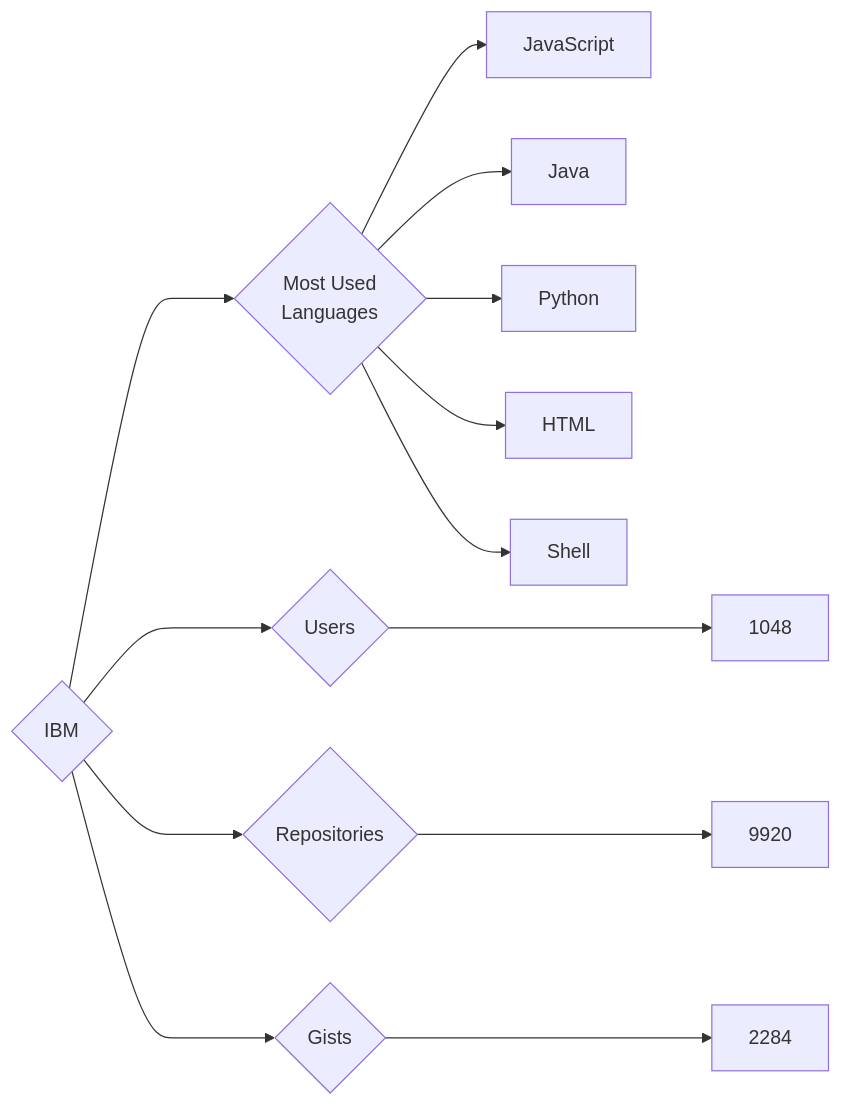
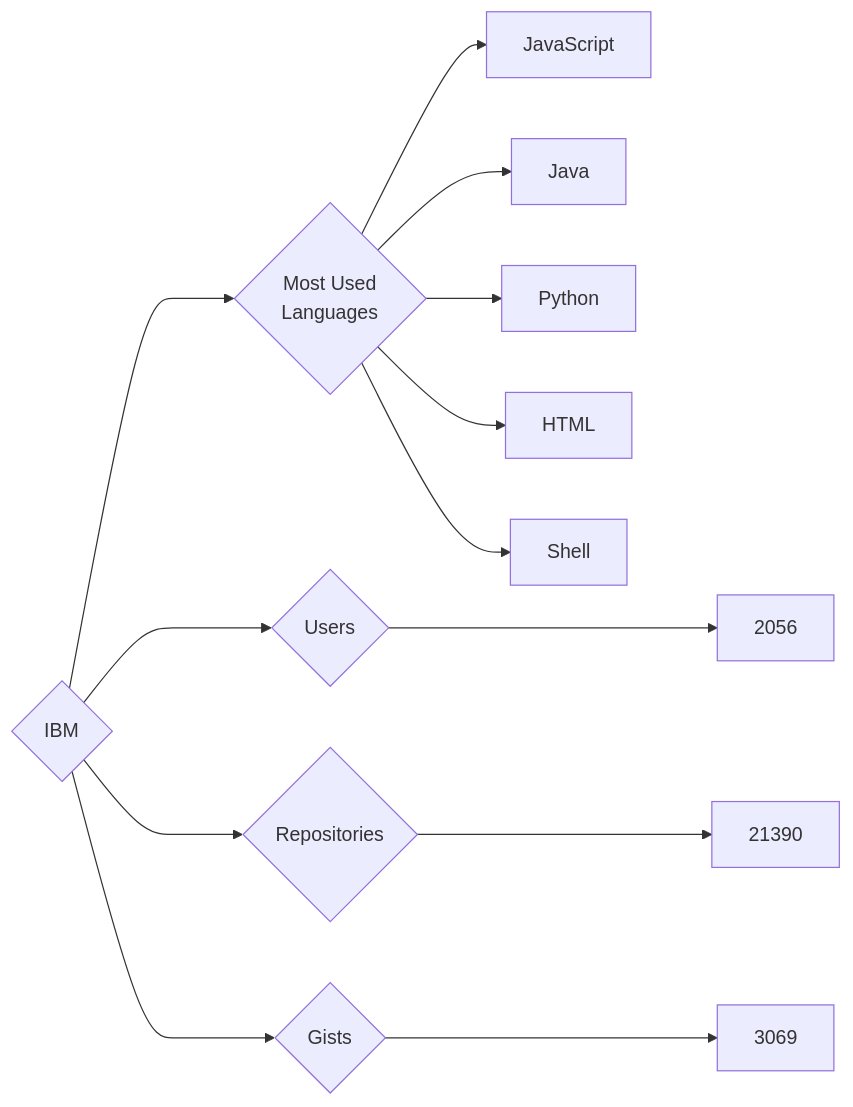
One commit to trickest/insiders changed the diagram in targets/IBM/README.md. Above: the diagram before and after it, drawn with Mermaid. The commit also changed 984 other files, not shown here.

````diff
--- a/targets/IBM/README.md
+++ b/targets/IBM/README.md
@@ -3,13 +3,13 @@
 ```mermaid
 graph LR
 COMPANY_NAME{IBM}
-COMPANY_NAME ---> U{Users} ---> UN[1048]
-COMPANY_NAME ---> R{Repositories} ---> RN[9920]
-COMPANY_NAME ---> G{Gists} ---> GN[2284]
+COMPANY_NAME ---> U{Users} ---> UN[2056]
+COMPANY_NAME ---> R{Repositories} ---> RN[21390]
+COMPANY_NAME ---> G{Gists} ---> GN[3069]
 COMPANY_NAME ---> ML{Most Used<br>Languages}
 ML --> JavaScript[JavaScript]
 ML --> Java[Java]
 ML --> Python[Python]
 ML --> HTML[HTML]
 ML --> Shell[Shell]
 ```
````
